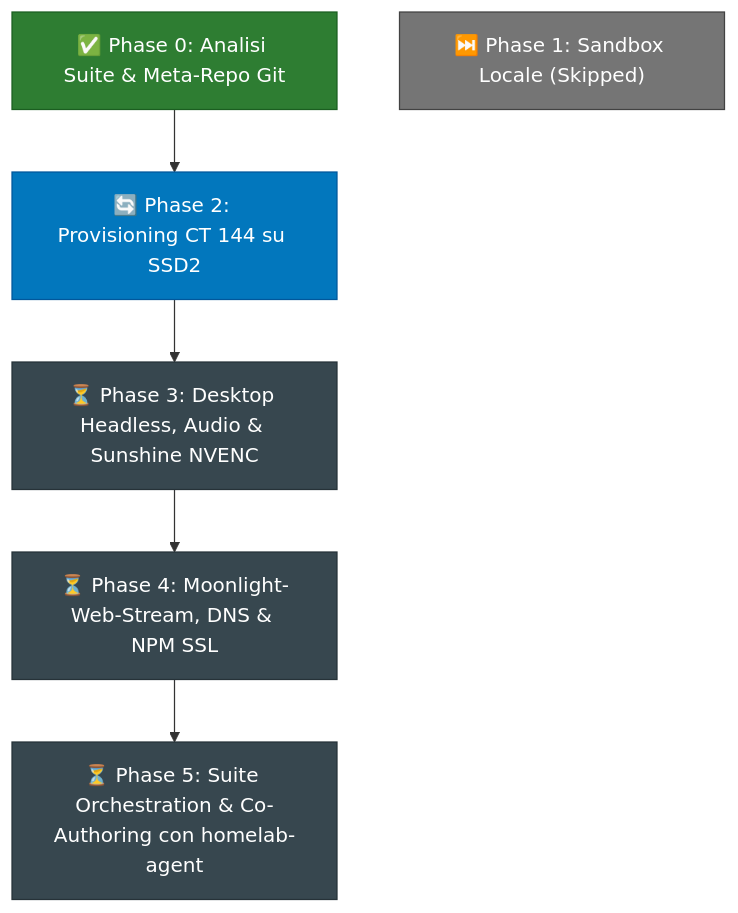
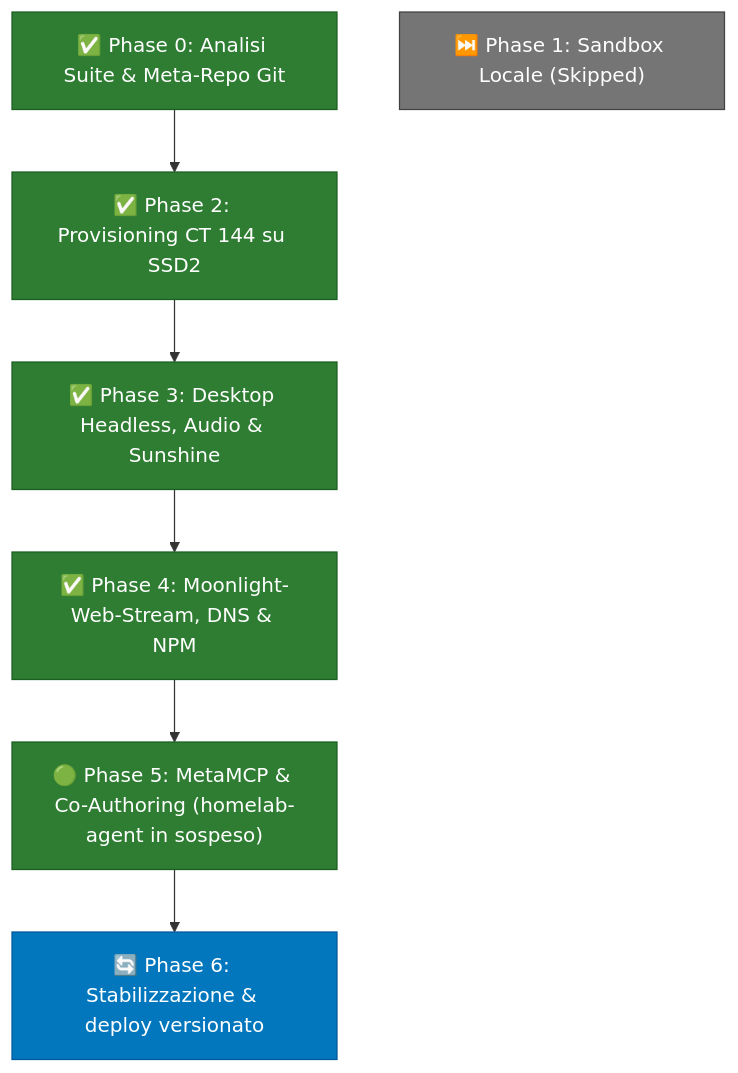
One commit to DevGiov/homelab-creative-suite changed the diagram in docs/ROADMAP.md. Above: the diagram before and after it, drawn with Mermaid. The commit also changed other lines of this file and 4 other files, not shown here.

First line of the commit message:
test(deploy): MCP end-to-end script; scope smoke-test log checks to the current Sunshine run; docs

````diff
--- a/docs/ROADMAP.md
+++ b/docs/ROADMAP.md
@@ -29,19 +30,21 @@
 ```mermaid
 flowchart TD
     P0["✅ Phase 0: Analisi Suite & Meta-Repo Git"]:::done
     P1["⏭️ Phase 1: Sandbox Locale (Skipped)"]:::skipped
-    P2["🔄 Phase 2: Provisioning CT 144 su SSD2"]:::active
-    P3["⏳ Phase 3: Desktop Headless, Audio & Sunshine NVENC"]:::pending
-    P4["⏳ Phase 4: Moonlight-Web-Stream, DNS & NPM SSL"]:::pending
-    P5["⏳ Phase 5: Suite Orchestration & Co-Authoring con homelab-agent"]:::pending
+    P2["✅ Phase 2: Provisioning CT 144 su SSD2"]:::done
+    P3["✅ Phase 3: Desktop Headless, Audio & Sunshine"]:::done
+    P4["✅ Phase 4: Moonlight-Web-Stream, DNS & NPM"]:::done
+    P5["🟢 Phase 5: MetaMCP & Co-Authoring (homelab-agent in sospeso)"]:::done
+    P6["🔄 Phase 6: Stabilizzazione & deploy versionato"]:::active
 
     P0 --> P2
     P2 --> P3
     P3 --> P4
     P4 --> P5
+    P5 --> P6
 
     classDef done fill:#2e7d32,stroke:#1b5e20,color:#fff;
     classDef skipped fill:#757575,stroke:#424242,color:#fff;
     classDef active fill:#0277bd,stroke:#01579b,color:#fff;
     classDef pending fill:#37474f,stroke:#263238,color:#fff;
 ```
````
